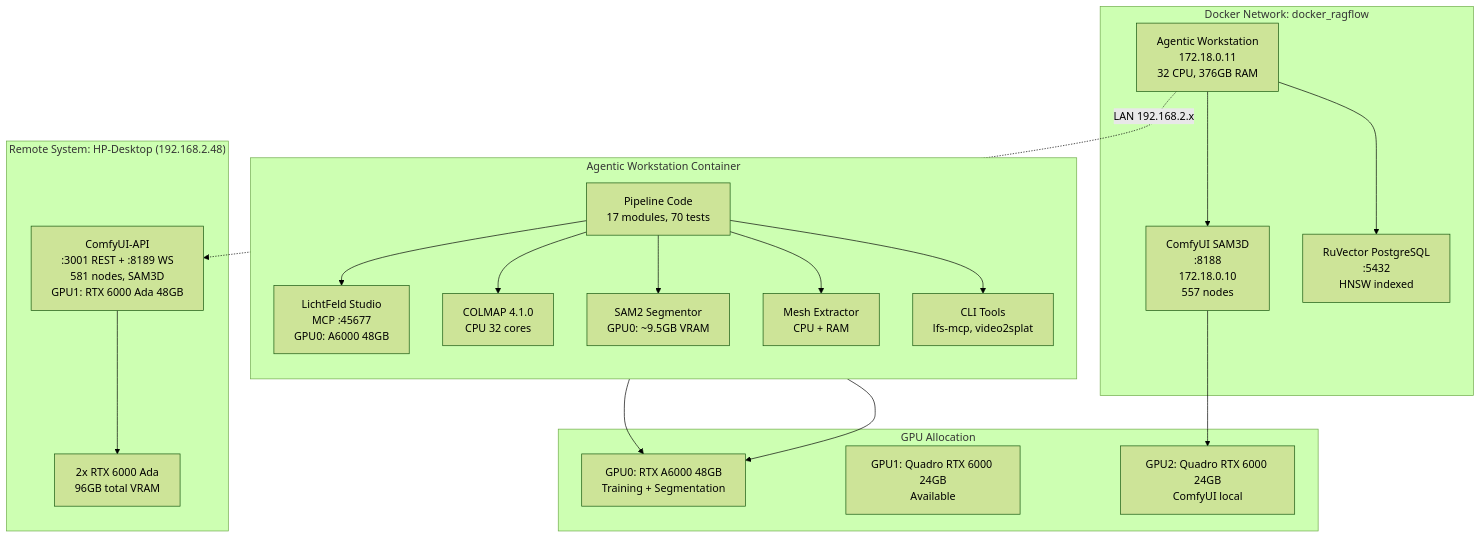
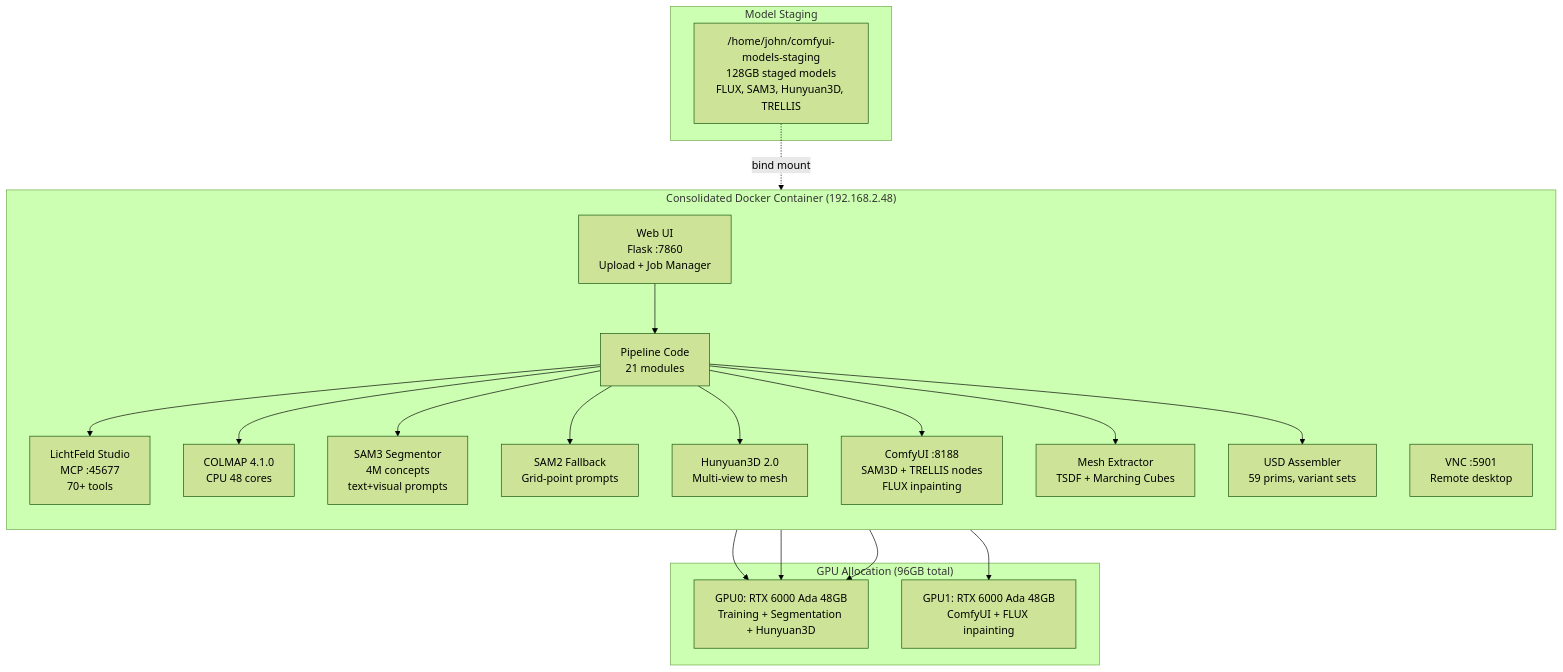
Before and after one commit to jjohare/gaussian-toolkit: the diagram in docs/architecture/cluster-setup.md, drawn with Mermaid (forest theme). The commit also changed other lines of this file and 15 other files, not shown here.

First line of the commit message:
Comprehensive docs update: SAM3, consolidated Docker, Hunyuan3D, web UI

````diff
--- a/docs/architecture/cluster-setup.md
+++ b/docs/architecture/cluster-setup.md
@@ -5,42 +30,41 @@
 ```mermaid
 graph TB
-    subgraph "Agentic Workstation Container"
+    subgraph "Consolidated Docker Container (192.168.2.48)"
         direction TB
-        LFS[LichtFeld Studio<br/>MCP :45677<br/>GPU0: A6000 48GB]
-        COL[COLMAP 4.1.0<br/>CPU 32 cores]
-        PIP[Pipeline Code<br/>17 modules, 70 tests]
-        SAM[SAM2 Segmentor<br/>GPU0: ~9.5GB VRAM]
-        MESH[Mesh Extractor<br/>CPU + RAM]
-        CLI[CLI Tools<br/>lfs-mcp, video2splat]
+        WEB[Web UI<br/>Flask :7860<br/>Upload + Job Manager]
+        LFS[LichtFeld Studio<br/>MCP :45677<br/>70+ tools]
+        COL[COLMAP 4.1.0<br/>CPU 48 cores]
+        PIP[Pipeline Code<br/>21 modules]
+        SAM3[SAM3 Segmentor<br/>4M concepts<br/>text+visual prompts]
+        SAM2[SAM2 Fallback<br/>Grid-point prompts]
+        HUN[Hunyuan3D 2.0<br/>Multi-view to mesh]
+        CUI[ComfyUI :8188<br/>SAM3D + TRELLIS nodes<br/>FLUX inpainting]
+        MESH[Mesh Extractor<br/>TSDF + Marching Cubes]
+        USD_A[USD Assembler<br/>59 prims, variant sets]
+        VNC[VNC :5901<br/>Remote desktop]
     end
 
-    subgraph "Docker Network: docker_ragflow"
-        CUI_LOCAL[ComfyUI SAM3D<br/>:8188<br/>172.18.0.10<br/>557 nodes]
-        RUV[RuVector PostgreSQL<br/>:5432<br/>HNSW indexed]
-        WS["Agentic Workstation<br/>172.18.0.11<br/>32 CPU, 376GB RAM"]
+    subgraph "GPU Allocation (96GB total)"
+        GPU0[GPU0: RTX 6000 Ada 48GB<br/>Training + Segmentation + Hunyuan3D]
+        GPU1[GPU1: RTX 6000 Ada 48GB<br/>ComfyUI + FLUX inpainting]
     end
 
-    subgraph "Remote System: HP-Desktop (192.168.2.48)"
-        CUI_API[ComfyUI-API<br/>:3001 REST + :8189 WS<br/>581 nodes, SAM3D<br/>GPU1: RTX 6000 Ada 48GB]
-        REMOTE_GPU["2x RTX 6000 Ada<br/>96GB total VRAM"]
+    subgraph "Model Staging"
+        MODELS["/home/john/comfyui-models-staging<br/>128GB staged models<br/>FLUX, SAM3, Hunyuan3D, TRELLIS"]
     end
 
-    subgraph "GPU Allocation"
-        GPU0[GPU0: RTX A6000 48GB<br/>Training + Segmentation]
-        GPU1[GPU1: Quadro RTX 6000 24GB<br/>Available]
-        GPU2[GPU2: Quadro RTX 6000 24GB<br/>ComfyUI local]
-    end
-
+    WEB --> PIP
     PIP --> LFS
     PIP --> COL
-    PIP --> SAM
+    PIP --> SAM3
+    PIP --> SAM2
+    PIP --> HUN
+    PIP --> CUI
     PIP --> MESH
-    PIP --> CLI
-    WS --> CUI_LOCAL
-    WS --> RUV
-    WS -.->|LAN 192.168.2.x| CUI_API
+    PIP --> USD_A
     LFS --> GPU0
-    SAM --> GPU0
-    CUI_LOCAL --> GPU2
-    CUI_API --> REMOTE_GPU
+    SAM3 --> GPU0
+    HUN --> GPU0
+    CUI --> GPU1
+    MODELS -.->|bind mount| CUI
 ```
````
